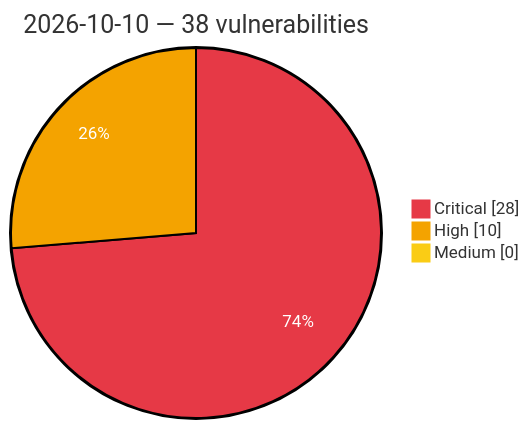
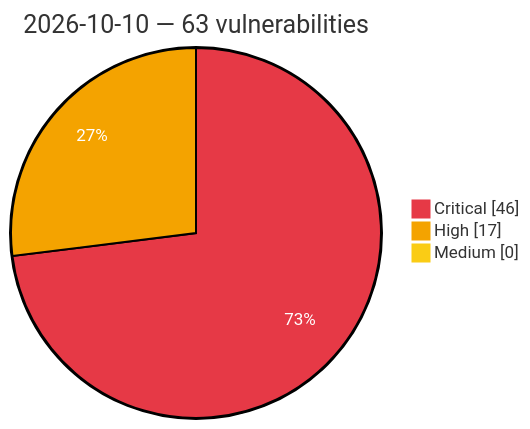
Before and after one commit to GhostX0X/vuln-tracker: the diagram in vulnerabilities/2026/October/2026-10-10.md, drawn with Mermaid. The commit also changed other lines of this file and 5 other files, not shown here.

Commit message:
Auto update: critical/high vulns (2026-10-10 22:56 UTC)

````diff
--- a/vulnerabilities/2026/October/2026-10-10.md
+++ b/vulnerabilities/2026/October/2026-10-10.md
@@ -3,8 +3,8 @@
 ```mermaid
 %%{init: {'theme':'base', 'themeVariables': {'pie1':'#e63946', 'pie2':'#f4a300', 'pie3':'#facc15', 'pieOpacity':'1', 'pieOuterStrokeWidth':'2px', 'pieSectionTextColor':'#ffffff'}}}%%
 pie showData
-    title 2026-10-10 — 38 vulnerabilities
-    "Critical" : 28
-    "High" : 10
+    title 2026-10-10 — 63 vulnerabilities
+    "Critical" : 46
+    "High" : 17
     "Medium" : 0
 ```
````
